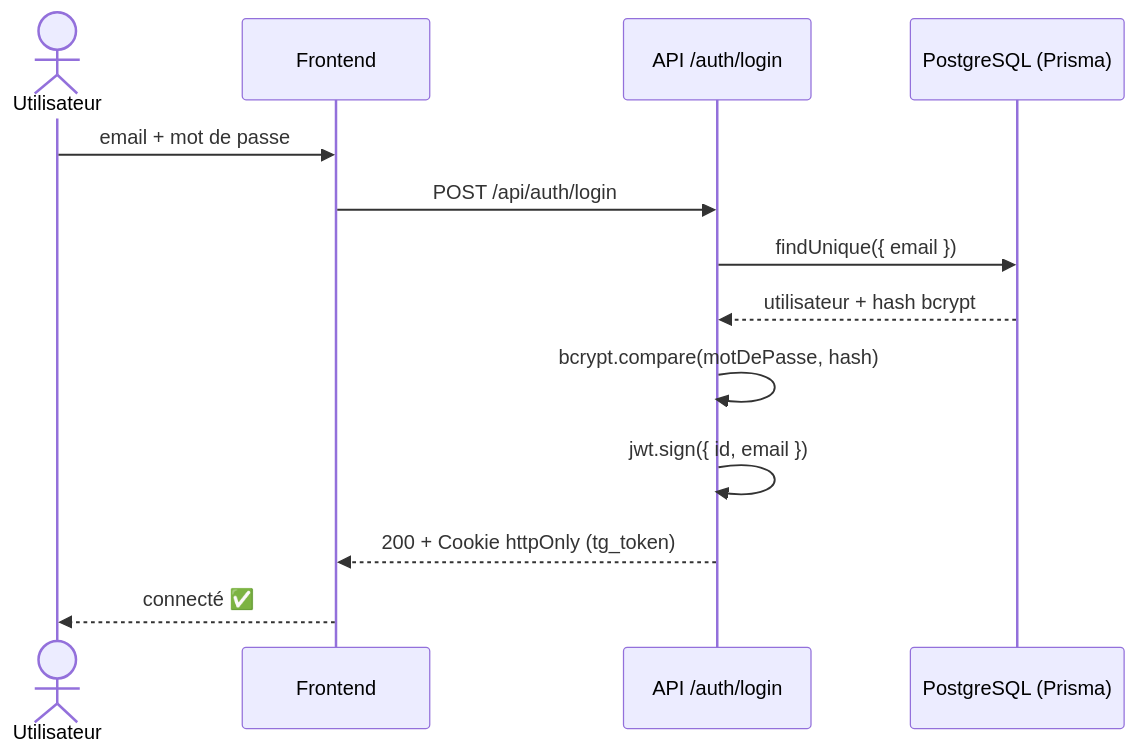
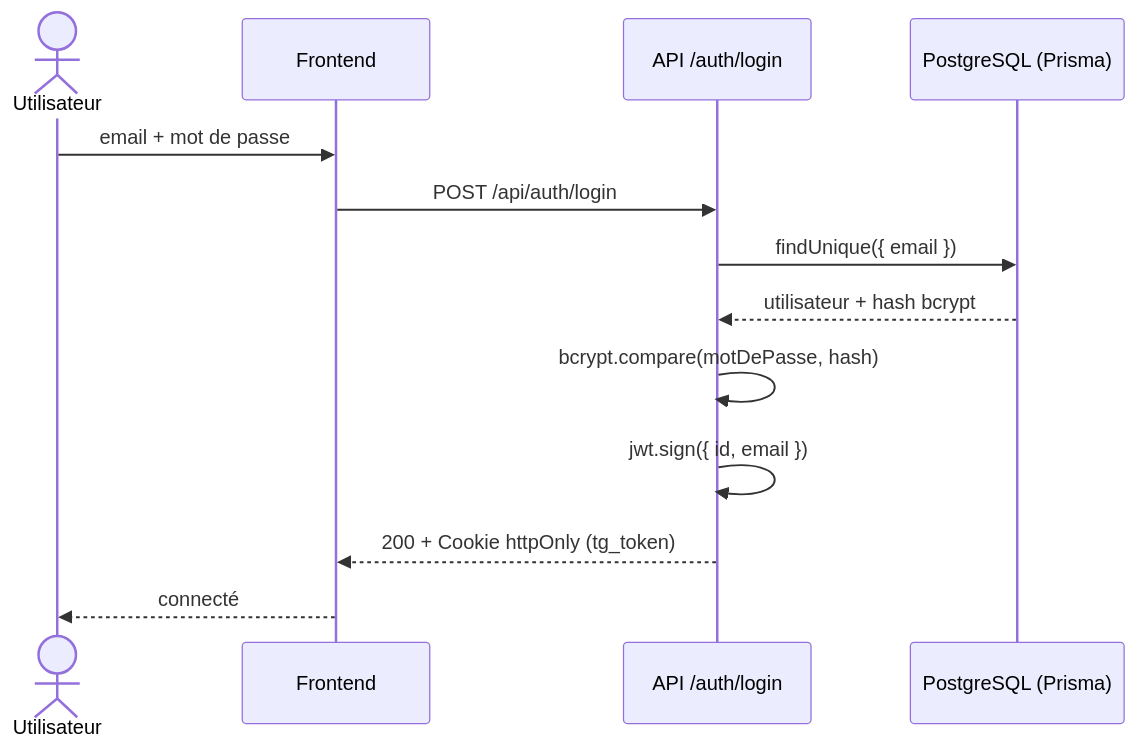
The fourth of 4 diagrams in README.md (loties1533/tripgenie-app), drawn with Mermaid before and after one commit. The commit also changed other lines of this file and 9 other files, not shown here.

````diff
--- a/README.md
+++ b/README.md
@@ -346,15 +346,15 @@
 ```mermaid
 sequenceDiagram
     actor U as Utilisateur
     participant F as Frontend
     participant A as API /auth/login
     participant DB as PostgreSQL (Prisma)
     U->>F: email + mot de passe
     F->>A: POST /api/auth/login
     A->>DB: findUnique({ email })
     DB-->>A: utilisateur + hash bcrypt
     A->>A: bcrypt.compare(motDePasse, hash)
     A->>A: jwt.sign({ id, email })
     A-->>F: 200 + Cookie httpOnly (tg_token)
-    F-->>U: connecté ✅
+    F-->>U: connecté
 ```
````
